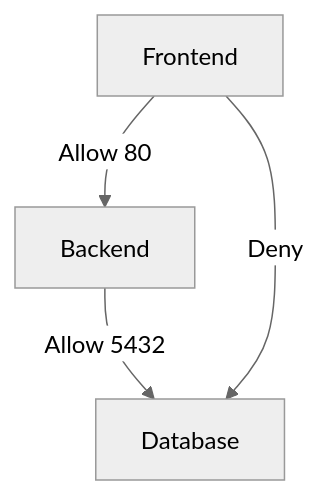
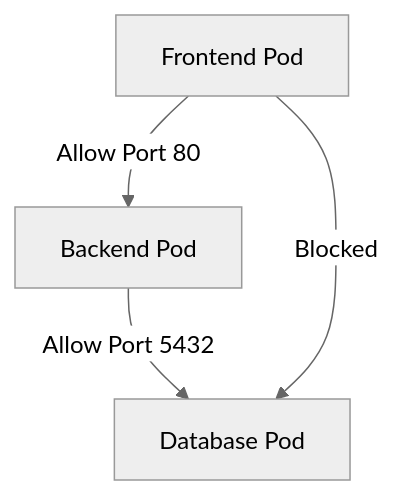
Before and after one commit to Devopstrio/hybrid-kubernetes-pattern: the seventh of 30 diagrams in README.md, drawn with Mermaid (neutral theme). The commit also changed other lines of this file, not shown here.

Commit message:
docs: finalize premium institutional-grade README with 30+ diagrams and executive summary

````diff
--- a/README.md
+++ b/README.md
@@ -91,6 +131,6 @@
 ```mermaid
 graph TD
-    F[Frontend] -->|Allow 80| B[Backend]
-    B -->|Allow 5432| D[Database]
-    F -- Deny --> D
+    F[Frontend Pod] -->|Allow Port 80| B[Backend Pod]
+    B -->|Allow Port 5432| D[Database Pod]
+    F -- Blocked --> D
 ```
````
